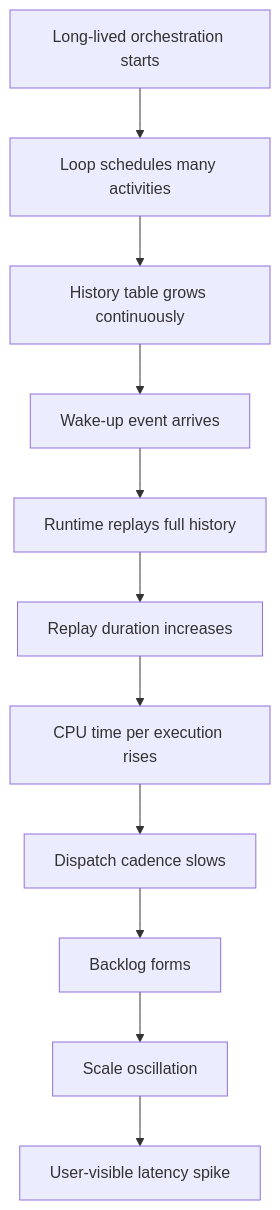
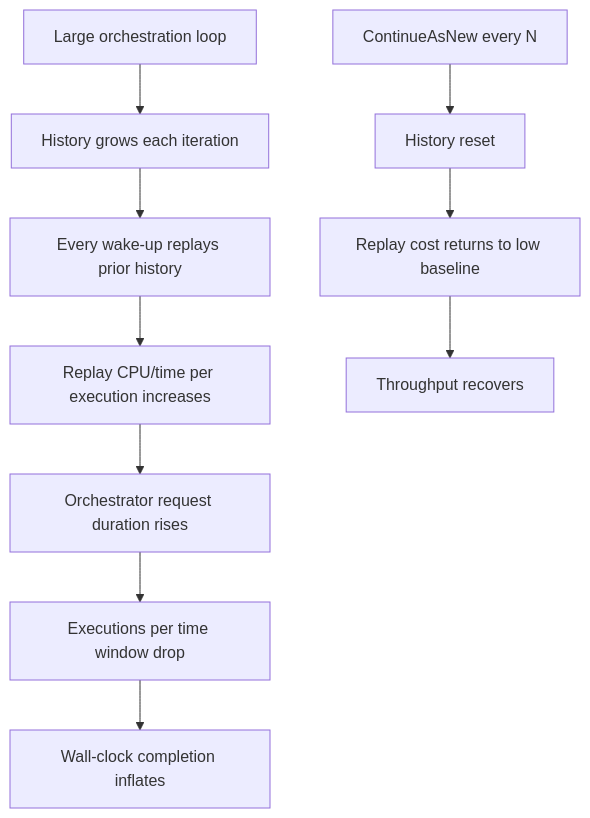
One commit to yeongseon/azure-functions-practical-guide changed the first of 6 diagrams in docs/troubleshooting/lab-guides/durable-replay-storm.md. Above: the diagram before and after it, drawn with Mermaid. The commit also changed other lines of this file and 21 other files, not shown here.

````diff
--- a/docs/troubleshooting/lab-guides/durable-replay-storm.md
+++ b/docs/troubleshooting/lab-guides/durable-replay-storm.md
@@ -28,13 +38,12 @@
 ```mermaid
 flowchart TD
-    A[Long-lived orchestration starts] --> B[Loop schedules many activities]
-    B --> C[History table grows continuously]
-    C --> D[Wake-up event arrives]
-    D --> E[Runtime replays full history]
-    E --> F[Replay duration increases]
-    F --> G[CPU time per execution rises]
-    G --> H[Dispatch cadence slows]
-    H --> I[Backlog forms]
-    I --> J[Scale oscillation]
-    J --> K[User-visible latency spike]
+    A[Large orchestration loop] --> B[History grows each iteration]
+    B --> C[Every wake-up replays prior history]
+    C --> D[Replay CPU/time per execution increases]
+    D --> E[Orchestrator request duration rises]
+    E --> F[Executions per time window drop]
+    F --> G[Wall-clock completion inflates]
+    H[ContinueAsNew every N] --> I[History reset]
+    I --> J[Replay cost returns to low baseline]
+    J --> K[Throughput recovers]
 ```
````
